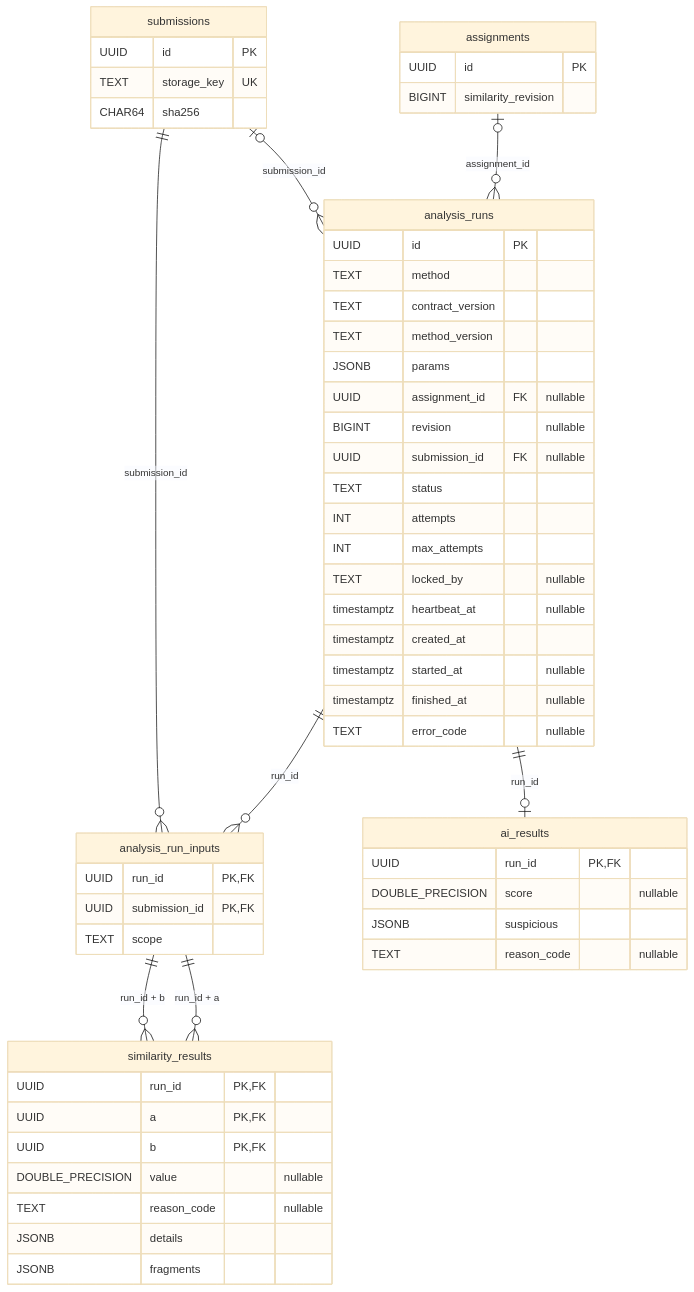
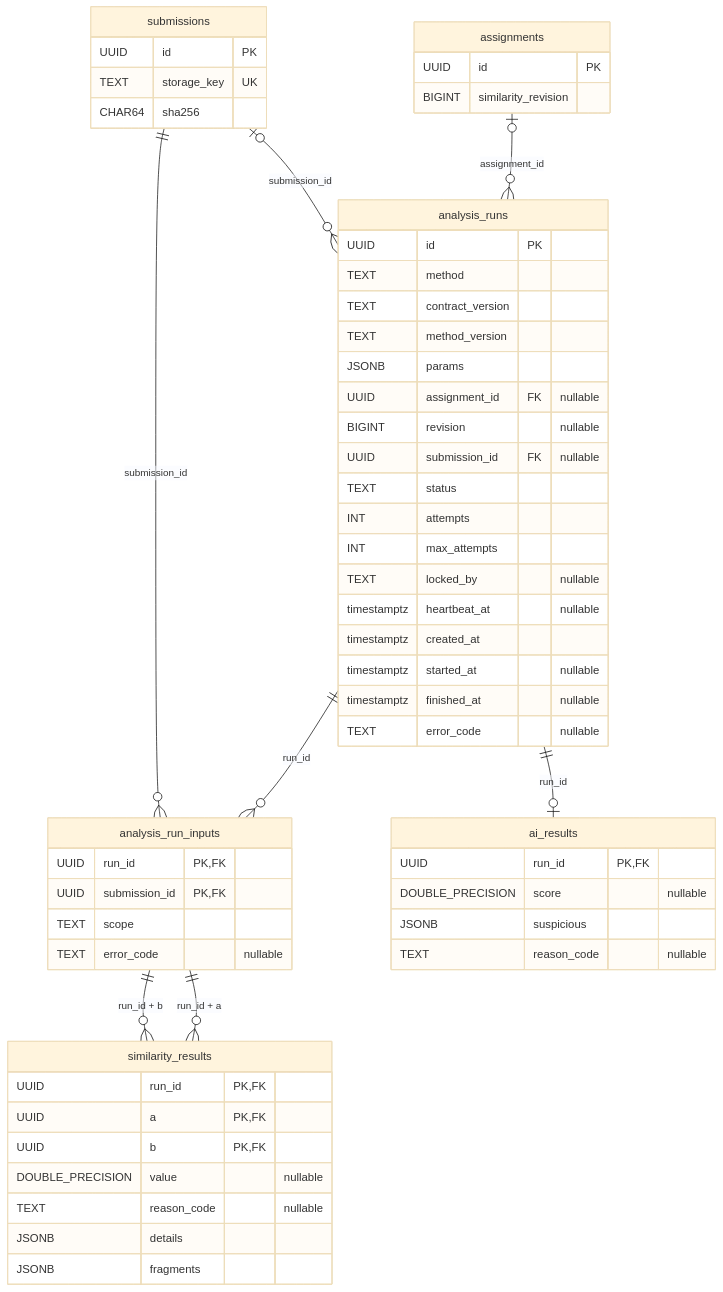
Before and after one commit to ITMO-Red-Team/IntegrityLens: the second of 2 diagrams in docs/data-model.md, drawn with Mermaid (base theme). The commit also changed other lines of this file and 25 other files, not shown here.

````diff
--- a/docs/data-model.md
+++ b/docs/data-model.md
@@ -113,59 +113,60 @@
 ```mermaid
 erDiagram
     assignments o|--o{ analysis_runs : assignment_id
     submissions o|--o{ analysis_runs : submission_id
     analysis_runs ||--o{ analysis_run_inputs : run_id
     submissions ||--o{ analysis_run_inputs : submission_id
     analysis_run_inputs ||--o{ similarity_results : "run_id + a"
     analysis_run_inputs ||--o{ similarity_results : "run_id + b"
     analysis_runs ||--o| ai_results : run_id
 
     assignments {
         UUID id PK
         BIGINT similarity_revision
     }
     submissions {
         UUID id PK
         TEXT storage_key UK
         CHAR64 sha256
     }
     analysis_runs {
         UUID id PK
         TEXT method
         TEXT contract_version
         TEXT method_version
         JSONB params
         UUID assignment_id FK "nullable"
         BIGINT revision "nullable"
         UUID submission_id FK "nullable"
         TEXT status
         INT attempts
         INT max_attempts
         TEXT locked_by "nullable"
         timestamptz heartbeat_at "nullable"
         timestamptz created_at
         timestamptz started_at "nullable"
         timestamptz finished_at "nullable"
         TEXT error_code "nullable"
     }
     analysis_run_inputs {
         UUID run_id PK,FK
         UUID submission_id PK,FK
         TEXT scope
+        TEXT error_code "nullable"
     }
     similarity_results {
         UUID run_id PK,FK
         UUID a PK,FK
         UUID b PK,FK
         DOUBLE_PRECISION value "nullable"
         TEXT reason_code "nullable"
         JSONB details
         JSONB fragments
     }
     ai_results {
         UUID run_id PK,FK
         DOUBLE_PRECISION score "nullable"
         JSONB suspicious
         TEXT reason_code "nullable"
     }
 ```
````
